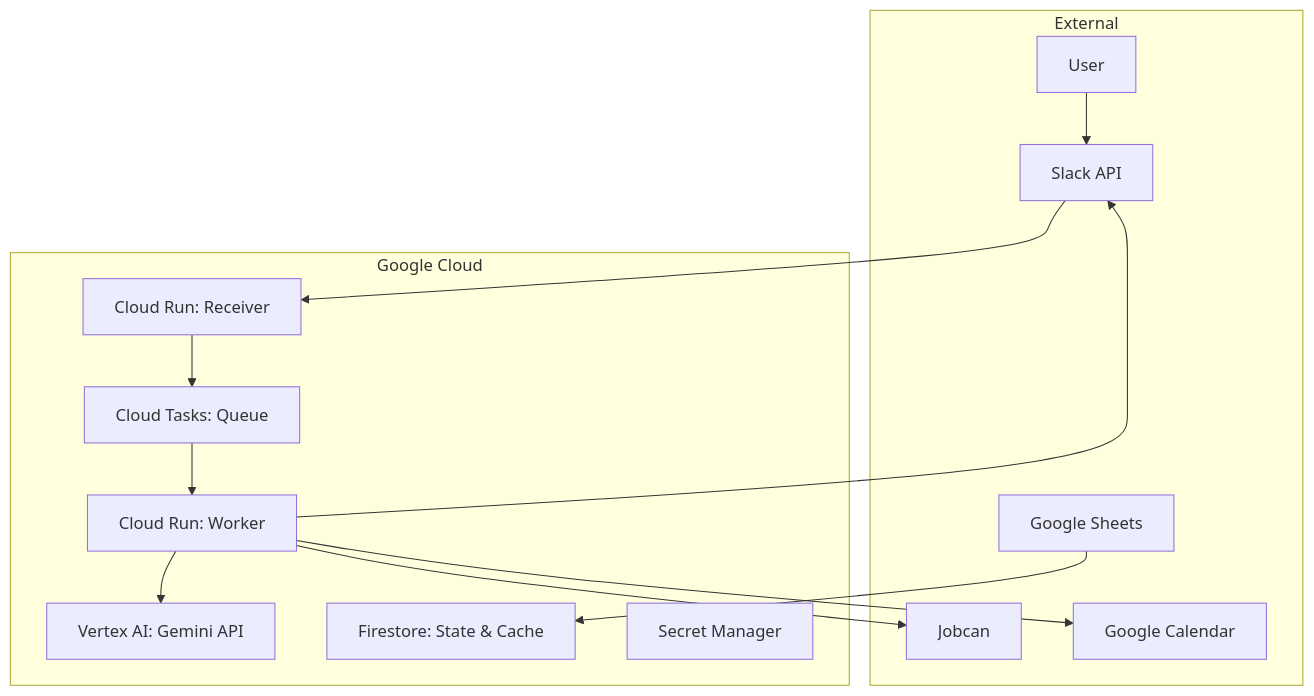
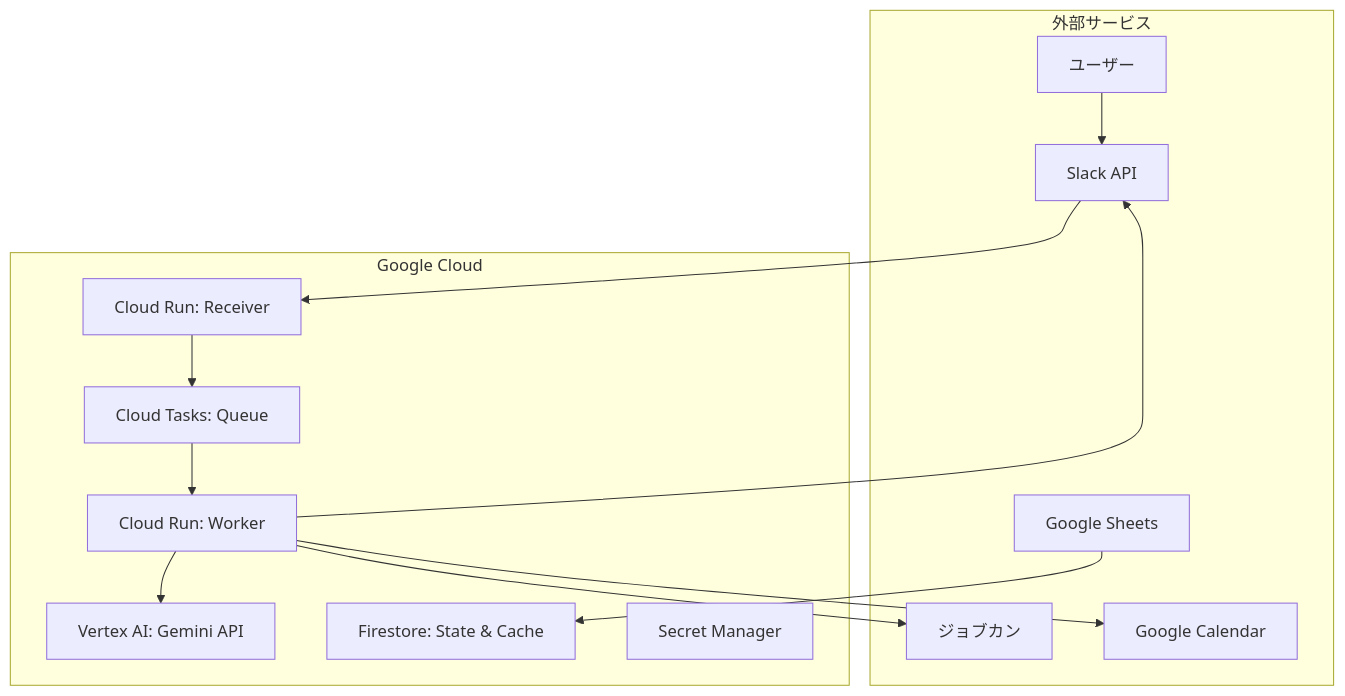
One commit to ea-Mitsuoka/kintai-sync changed the diagram in README.md. Above: the diagram before and after it, drawn with Mermaid. The commit also changed other lines of this file, not shown here.

````diff
--- a/README.md
+++ b/README.md
@@ -25,29 +25,29 @@
 ```mermaid
 graph TB
-    subgraph "External"
-        U["User"]
+    subgraph "外部サービス"
+        U["ユーザー"]
         Slack["Slack API"]
-        Jobcan["Jobcan"]
+        Jobcan["ジョブカン"]
         GCal["Google Calendar"]
         GSheet["Google Sheets"]
     end
 
     subgraph "Google Cloud"
         Receiver["Cloud Run: Receiver"]
         Tasks["Cloud Tasks: Queue"]
         Worker["Cloud Run: Worker"]
         LLM["Vertex AI: Gemini API"]
         Firestore["Firestore: State & Cache"]
         Secret["Secret Manager"]
     end
 
     U --> Slack
     Slack --> Receiver
     Receiver --> Tasks
     Tasks --> Worker
     Worker --> LLM
     Worker --> Jobcan
     Worker --> Slack
     Worker --> GCal
     GSheet --> Firestore
 ```
````
